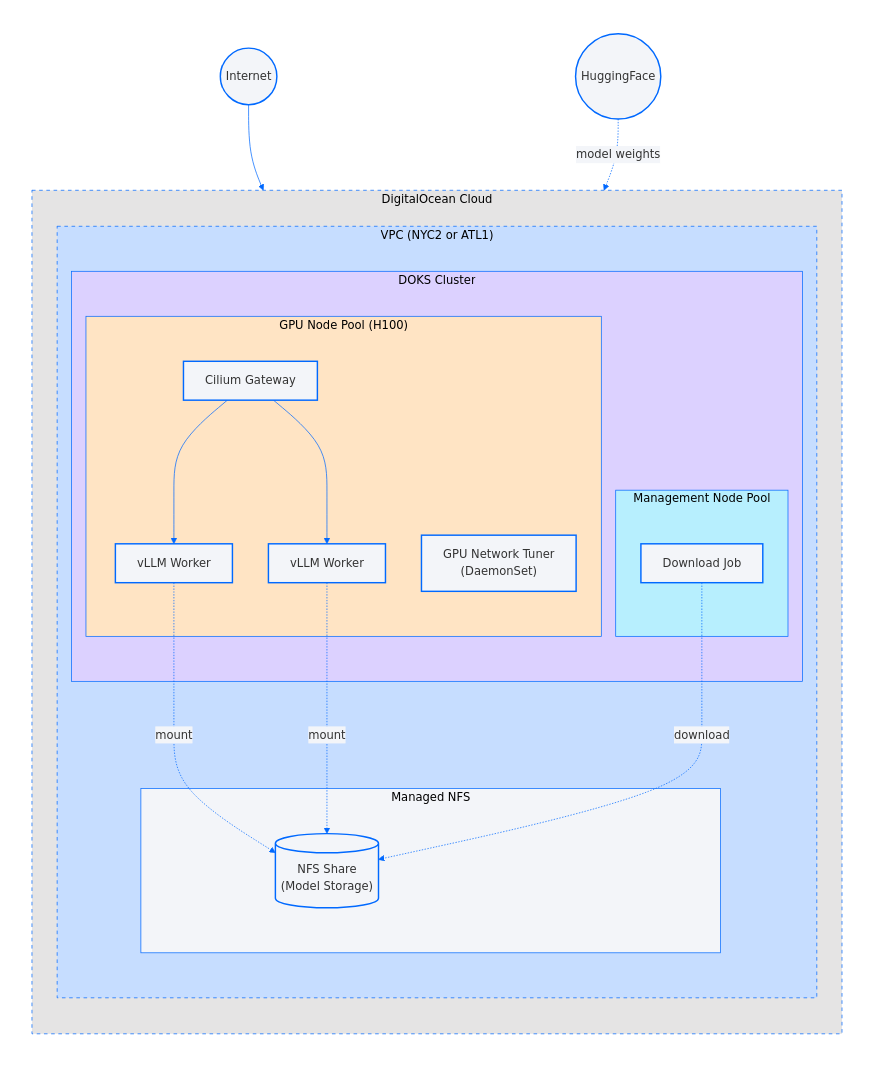
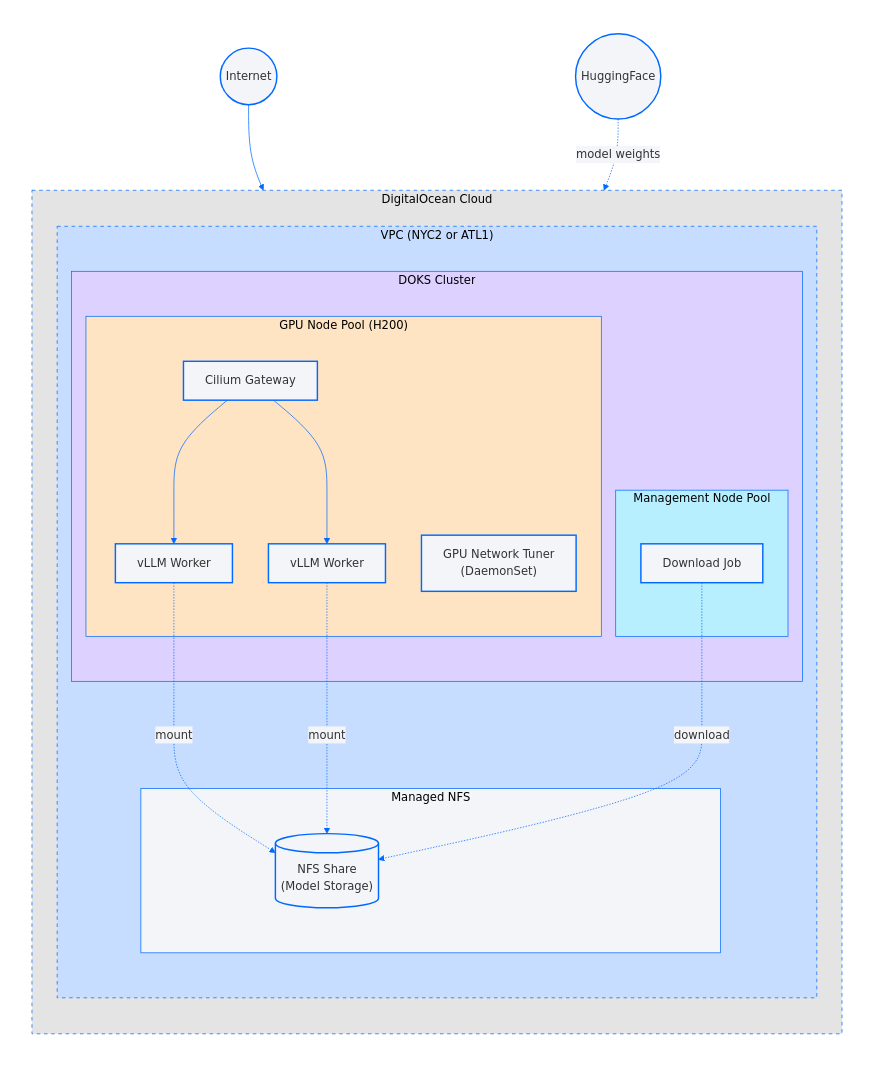
One commit to digitalocean/scale-with-simplicity changed the diagram in reference-architectures/vllm-nfs/README.md. Above: the diagram before and after it, drawn with Mermaid. The commit also changed other lines of this file and 8 other files, not shown here.

````diff
--- a/reference-architectures/vllm-nfs/README.md
+++ b/reference-architectures/vllm-nfs/README.md
@@ -7,70 +7,70 @@
 ```mermaid
 %%{init: {'theme': 'base', 'themeVariables': { 'primaryColor': '#0069FF', 'primaryTextColor': '#333', 'primaryBorderColor': '#0069FF', 'lineColor': '#0069FF', 'secondaryColor': '#F3F5F9', 'tertiaryColor': '#fff', 'fontFamily': 'arial'}}}%%
 flowchart TB
     subgraph Wrapper[" "]
         direction TB
         Internet(("Internet"))
         HuggingFace(("HuggingFace"))
 
         subgraph DO["DigitalOcean Cloud"]
             direction TB
 
             subgraph VPC["VPC (NYC2 or ATL1)"]
                 direction TB
 
                 subgraph DOKS["DOKS Cluster"]
                     direction TB
 
                     subgraph MgmtPool["Management Node Pool"]
                         direction LR
                         DownloadJob["Download Job"]
                     end
 
-                    subgraph GPUPool["GPU Node Pool (H100)"]
+                    subgraph GPUPool["GPU Node Pool (H200)"]
                         direction LR
                         NetworkTuner["GPU Network Tuner<br/>(DaemonSet)"]
                         Gateway["Cilium Gateway"]
                         vLLMWorker1["vLLM Worker"]
                         vLLMWorker2["vLLM Worker"]
                     end
                 end
 
                 subgraph Storage["Managed NFS"]
                     NFS[("NFS Share<br/>(Model Storage)")]
                 end
             end
         end
 
         %% Traffic flow
         Internet --> Gateway
         Gateway --> vLLMWorker1
         Gateway --> vLLMWorker2
 
         %% NFS mounts
         vLLMWorker1 -.->|mount| NFS
         vLLMWorker2 -.->|mount| NFS
 
         %% Model download
         HuggingFace -.->|model weights| DownloadJob
         DownloadJob -.->|download| NFS
     end
 
     %% Styling - Subgraphs
     style Wrapper fill:#FFFFFF,stroke:#FFFFFF
     style DO fill:#E5E4E4,stroke:#0069FF,stroke-width:1px,stroke-dasharray:5
     style VPC fill:#C6DDFF,stroke:#0069FF,stroke-width:1px,stroke-dasharray:5
     style DOKS fill:#DCD1FF,stroke:#0069FF,stroke-width:1px
     style MgmtPool fill:#B7EFFE,stroke:#0069FF,stroke-width:1px
     style GPUPool fill:#FFE4C4,stroke:#0069FF,stroke-width:1px
     style Storage fill:#F3F5F9,stroke:#0069FF,stroke-width:1px
 
     %% Styling - Components
     style Internet fill:#F3F5F9,stroke:#0069FF,stroke-width:2px
     style HuggingFace fill:#F3F5F9,stroke:#0069FF,stroke-width:2px
     style DownloadJob fill:#F3F5F9,stroke:#0069FF,stroke-width:2px
     style NetworkTuner fill:#F3F5F9,stroke:#0069FF,stroke-width:2px
     style Gateway fill:#F3F5F9,stroke:#0069FF,stroke-width:2px
     style vLLMWorker1 fill:#F3F5F9,stroke:#0069FF,stroke-width:2px
     style vLLMWorker2 fill:#F3F5F9,stroke:#0069FF,stroke-width:2px
     style NFS fill:#F3F5F9,stroke:#0069FF,stroke-width:2px
 ```
````
